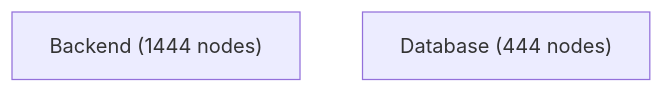
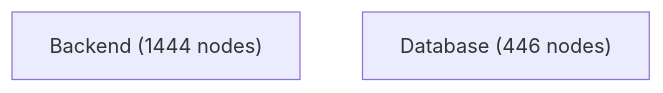
The first of 4 diagrams in docs/architecture-analysis/architecture.report.md (jankneumann/agentic-coding-tools), drawn with Mermaid before and after one commit. The commit also changed other lines of this file and 11 other files, not shown here.

Commit message:
docs(architecture): refresh ri-09 recovery evidence

````diff
--- a/docs/architecture-analysis/architecture.report.md
+++ b/docs/architecture-analysis/architecture.report.md
@@ -502,5 +502,5 @@
 ```mermaid
 flowchart TB
     Backend["Backend (1444 nodes)"]
-    Database["Database (444 nodes)"]
+    Database["Database (446 nodes)"]
 ```
````
